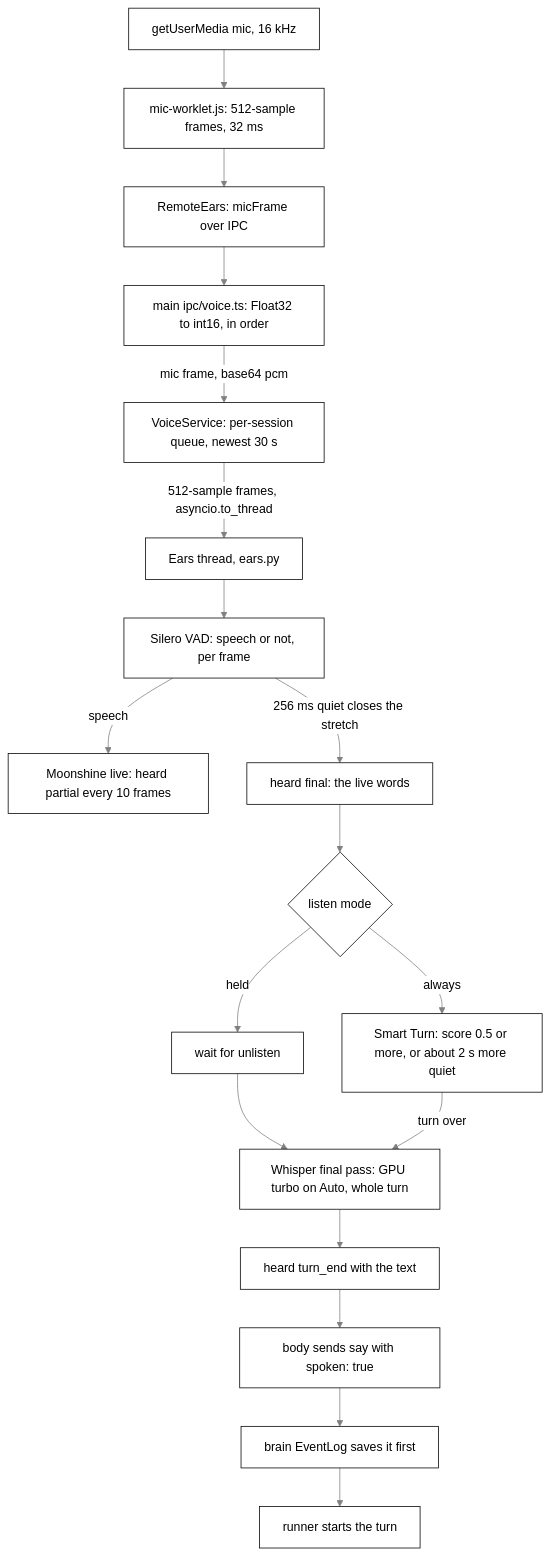
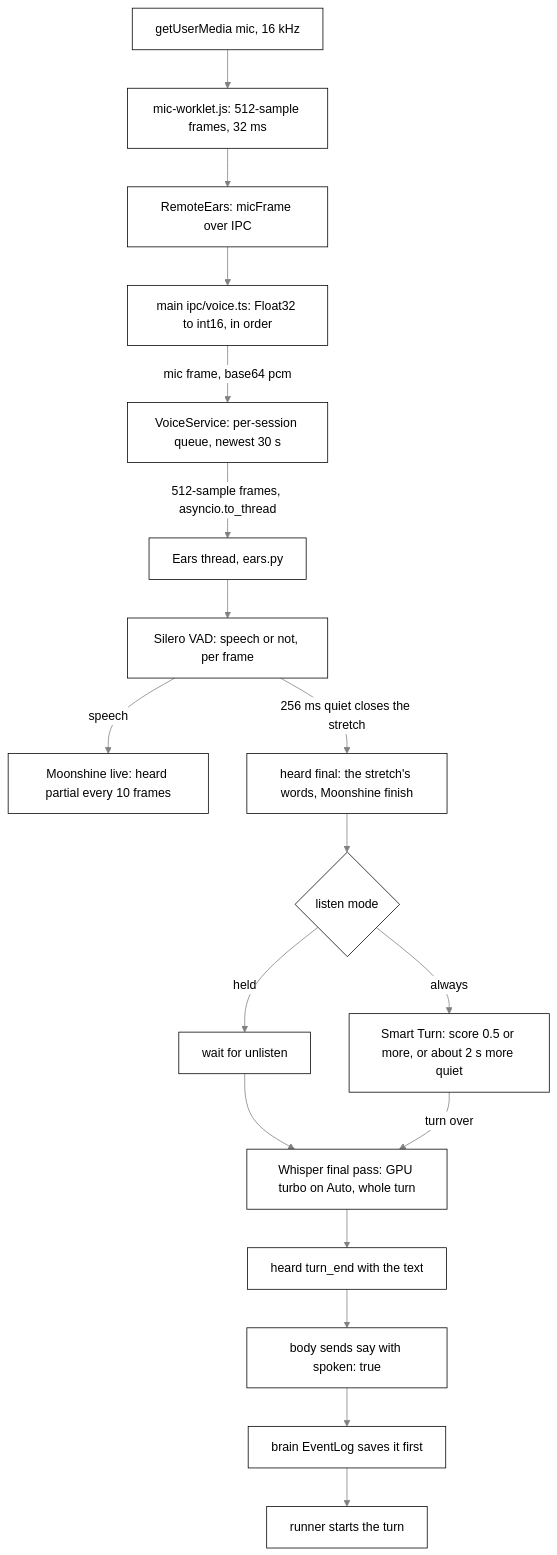
Before and after one commit to nadeem4/tagalong: the first of 4 diagrams in docs/senses/hearing.md, drawn with Mermaid. The commit also changed other lines of this file and 3 other files, not shown here.

````diff
--- a/docs/senses/hearing.md
+++ b/docs/senses/hearing.md
@@ -57,21 +57,21 @@
 ```mermaid
 %%{init: {"theme": "base", "themeVariables": {"primaryColor": "#ffffff", "primaryTextColor": "#000000", "primaryBorderColor": "#000000", "lineColor": "#808080", "arrowheadColor": "#808080", "secondaryColor": "#f2f2f2", "tertiaryColor": "#ffffff", "clusterBkg": "#f7f7f7", "clusterBorder": "#808080", "edgeLabelBackground": "#ffffff", "titleColor": "#808080", "actorBkg": "#ffffff", "actorBorder": "#000000", "actorTextColor": "#000000", "actorLineColor": "#808080", "signalColor": "#808080", "signalTextColor": "#808080", "sequenceNumberColor": "#ffffff", "labelBoxBkgColor": "#ffffff", "labelBoxBorderColor": "#808080", "labelTextColor": "#000000", "loopTextColor": "#808080", "noteBkgColor": "#f7f7f7", "noteBorderColor": "#808080", "noteTextColor": "#000000", "activationBkgColor": "#f7f7f7", "activationBorderColor": "#808080", "fontFamily": "Segoe UI, Helvetica, Arial, sans-serif"}, "themeCSS": ".relationshipLabelBox{opacity:1} .relationshipLabelBox rect{opacity:1}"}}%%
 flowchart TD
   MIC["getUserMedia mic, 16 kHz"] --> WK["mic-worklet.js: 512-sample frames, 32 ms"]
   WK --> RE["RemoteEars: micFrame over IPC"]
   RE --> MAIN["main ipc/voice.ts: Float32 to int16, in order"]
   MAIN -->|"mic frame, base64 pcm"| VS["VoiceService: per-session queue, newest 30 s"]
   VS -->|"512-sample frames, asyncio.to_thread"| EARS["Ears thread, ears.py"]
   EARS --> VAD["Silero VAD: speech or not, per frame"]
   VAD -->|"speech"| LIVE["Moonshine live: heard partial every 10 frames"]
-  VAD -->|"256 ms quiet closes the stretch"| CLOSE["heard final: the live words"]
+  VAD -->|"256 ms quiet closes the stretch"| CLOSE["heard final: the stretch's words, Moonshine finish"]
   CLOSE --> MODE{"listen mode"}
   MODE -->|"held"| UN["wait for unlisten"]
   MODE -->|"always"| ST["Smart Turn: score 0.5 or more, or about 2 s more quiet"]
   UN --> FIN["Whisper final pass: GPU turbo on Auto, whole turn"]
   ST -->|"turn over"| FIN
   FIN --> TE["heard turn_end with the text"]
   TE --> SAY["body sends say with spoken: true"]
   SAY --> LOG["brain EventLog saves it first"]
   LOG --> RUN["runner starts the turn"]
 ```
````
